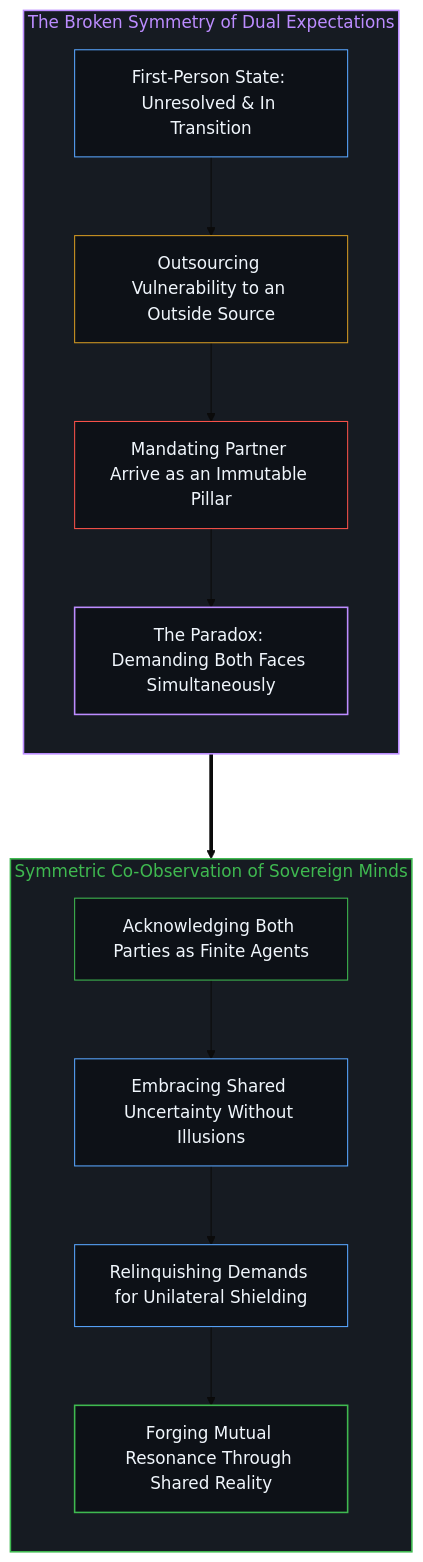
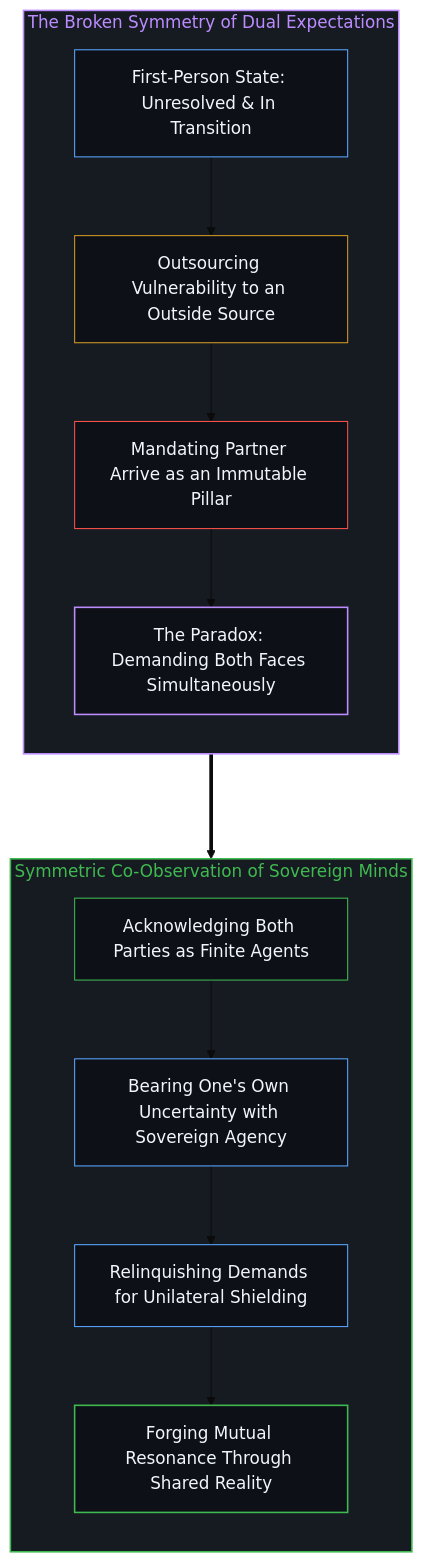
The eighth of 10 diagrams in content/posts/the-causal-inversion-of-partnership.md (powerpig99/not-a-toe), drawn with Mermaid (base theme) before and after one commit. The commit also changed other lines of this file and 3 other files, not shown here.

Commit message:
Refine Post #335: Dissolve the shared relationship illusion and assert sovereign agency and freedom to move on

````diff
--- a/content/posts/the-causal-inversion-of-partnership.md
+++ b/content/posts/the-causal-inversion-of-partnership.md
@@ -263,29 +263,29 @@
 ```mermaid
 graph TD
     subgraph S_ParadoxSplit_EN ["The Broken Symmetry of Dual Expectations"]
         direction TB
         DE_Self["First-Person State: Unresolved & In Transition"] --> DE_Project["Outsourcing Vulnerability to an Outside Source"]
         DE_Project --> DE_Demand["Mandating Partner Arrive as an Immutable Pillar"]
         DE_Demand --> DE_Illusion["The Paradox: Demanding Both Faces Simultaneously"]
     end
 
     subgraph S_SymmetricView_EN ["Symmetric Co-Observation of Sovereign Minds"]
         direction TB
-        VE_Accept["Acknowledging Both Parties as Finite Agents"] --> VE_Uncertain["Embracing Shared Uncertainty Without Illusions"]
+        VE_Accept["Acknowledging Both Parties as Finite Agents"] --> VE_Uncertain["Bearing One's Own Uncertainty with Sovereign Agency"]
         VE_Uncertain --> VE_Vulnerable["Relinquishing Demands for Unilateral Shielding"]
         VE_Vulnerable --> VE_Resonance["Forging Mutual Resonance Through Shared Reality"]
     end
 
     DE_Illusion ===> VE_Accept
 
     style S_ParadoxSplit_EN fill:#161b22,stroke:#bc8cff,stroke-width:1.5px,color:#bc8cff
     style S_SymmetricView_EN fill:#161b22,stroke:#3fb950,stroke-width:1.5px,color:#3fb950
     style DE_Self fill:#0d1117,stroke:#58a6ff,stroke-width:1px,color:#f0f6fc
     style DE_Project fill:#0d1117,stroke:#d29922,stroke-width:1px,color:#f0f6fc
     style DE_Demand fill:#0d1117,stroke:#f85149,stroke-width:1px,color:#f0f6fc
     style DE_Illusion fill:#0d1117,stroke:#bc8cff,stroke-width:1.5px,color:#f0f6fc
     style VE_Accept fill:#0d1117,stroke:#3fb950,stroke-width:1px,color:#f0f6fc
     style VE_Uncertain fill:#0d1117,stroke:#58a6ff,stroke-width:1px,color:#f0f6fc
     style VE_Vulnerable fill:#0d1117,stroke:#58a6ff,stroke-width:1px,color:#f0f6fc
     style VE_Resonance fill:#0d1117,stroke:#3fb950,stroke-width:1.5px,color:#f0f6fc
 ```
````
